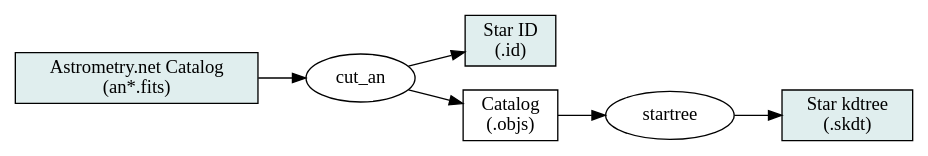
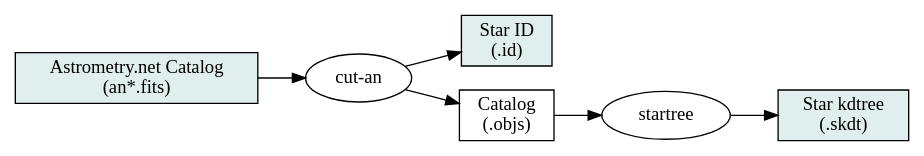
The diagram in src/quads/pipeline0.dot (blackball/an-test6), drawn with Graphviz before and after one commit. The commit also changed 4 other files, not shown here.

```diff
--- a/src/quads/pipeline0.dot
+++ b/src/quads/pipeline0.dot
@@ -1,28 +1,23 @@
 graph indexpipeline {
 	graph [ rankdir = LR ];
 	node [ shape=box ];
 	edge [ dir=forward ];
 	node [ style=filled, fillcolor=azure2 ];
 	ancat [ label="Astrometry.net Catalog\n(an*.fits)" ];
 	id    [ label="Star ID\n(.id)" ];
 	skdt  [ label="Star kdtree\n(.skdt)" ];
 	node [ style="" ];
 	objs  [ label="Catalog\n(.objs)" ];
 
 	node [ shape=ellipse ];
+	cut_an [ label="cut-an" ];
 	ancat -- cut_an
 	cut_an -- objs
 	cut_an -- id
 	objs -- startree -- skdt
 }
 
 
 // render with:
 //   dot -Tps2 -o pipeline0.eps pipeline0.dot
-//   epstopng pipeline.eps
-
-// to get bounding box:
-//   gs -q -dNOPAUSE -dBATCH -dTextAlphaBits=4 -dGraphicsAlphaBits=4 -sDEVICE=bbox pipeline.ps
-// to render as png:
-//   gs -q -dNOPAUSE -dBATCH -dTextAlphaBits=4 -dGraphicsAlphaBits=4 -sDEVICE=png16m -sOutputFile=pipeline.png -g850x162 pipeline.ps
-// (where 850x162 is determined by the output of the bounding-box stage)
+//   epstopng pipeline0.eps
```
